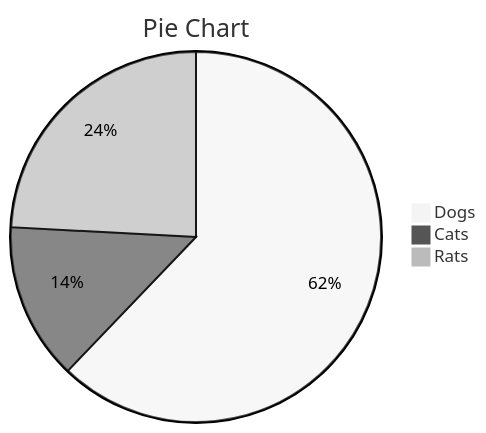
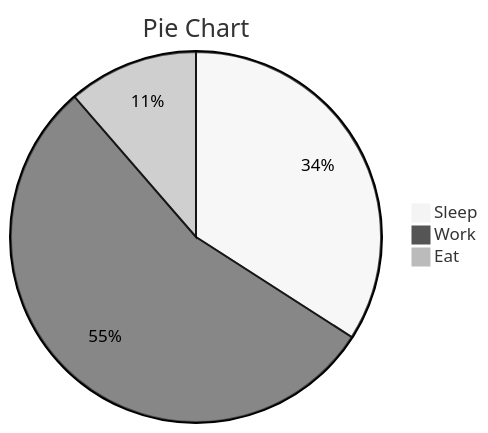
Before and after one commit to caolib/my-sites: the diagram in onelight/index.md, drawn with Mermaid (neutral theme). The commit also changed other lines of this file and 1 other file, not shown here.

Commit message:
✨ feat: update X:\site\onelight\index.html

````diff
--- a/onelight/index.md
+++ b/onelight/index.md
@@ -112,7 +112,7 @@
 ```mermaid
 pie
     title Pie Chart
-    "Dogs" : 386
-    "Cats" : 85
-    "Rats" : 150 
+    "Sleep" : 7.5
+    "Work" : 12
+    "Eat" : 2.5 
 ```
````
